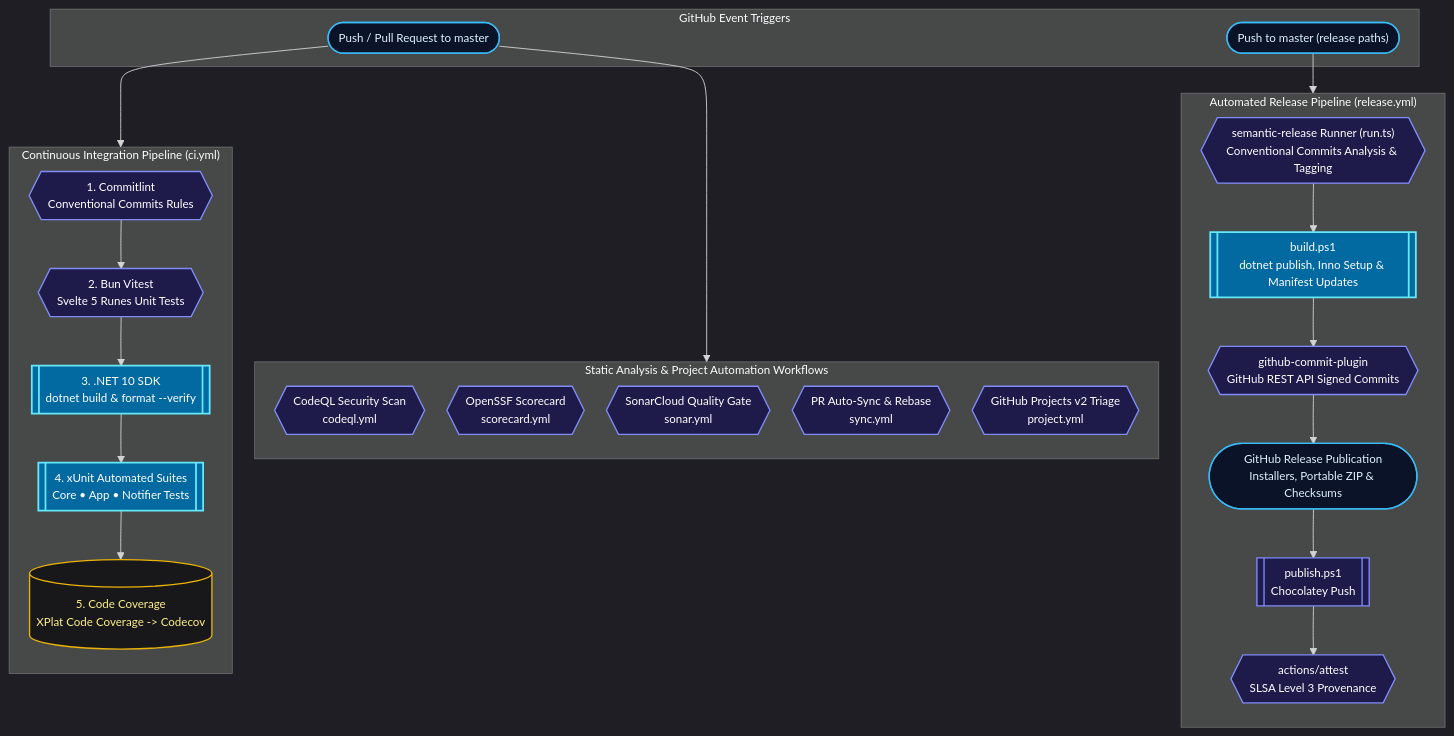
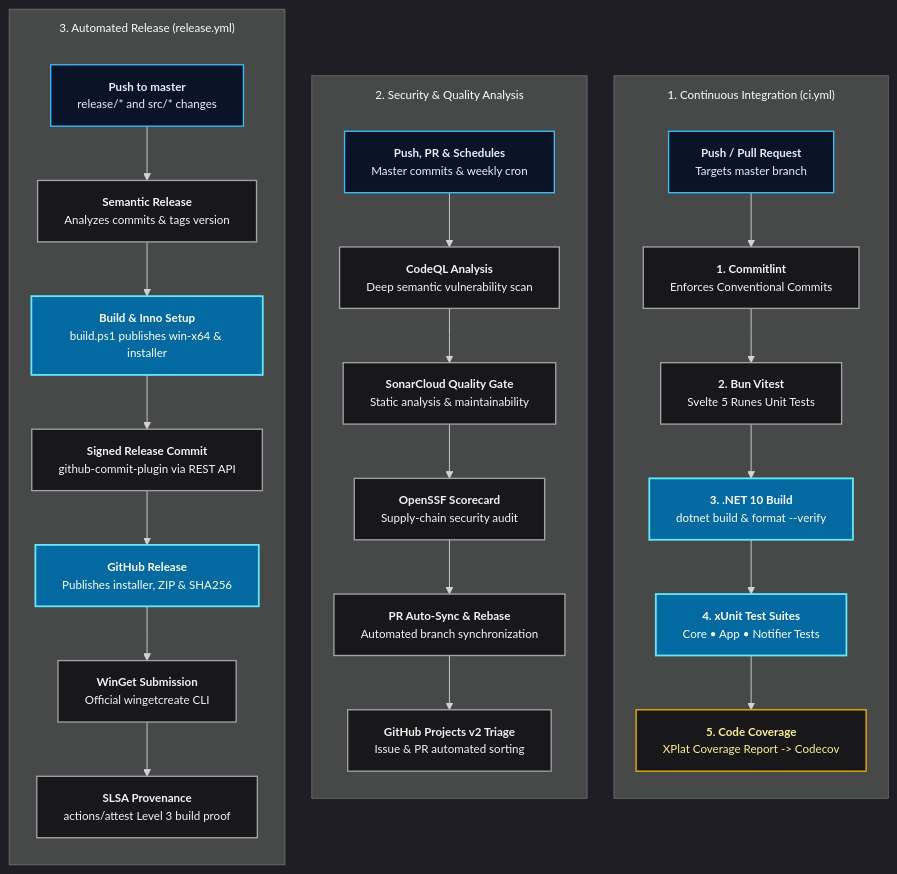
One commit to Nicconike/LocalTelemetry changed the diagram in docs/latest/developer-guide/ci-cd.md. Above: the diagram before and after it, drawn with Mermaid. The commit also changed other lines of this file and 89 other files, not shown here.

Commit message:
fix(taskbar): resolve overlay alignment offsets, release workflows, and analyzer issues

````diff
--- a/docs/latest/developer-guide/ci-cd.md
+++ b/docs/latest/developer-guide/ci-cd.md
@@ -23,61 +23,66 @@
 ```mermaid
-%%{init: {'theme': 'dark', 'themeVariables': {'fontSize': '13px'}, 'flowchart': {'nodeSpacing': 25, 'rankSpacing': 30, 'curve': 'basis'}}}%%
+%%{init: {'theme': 'dark', 'themeVariables': {'fontSize': '13px'}, 'flowchart': {'nodeSpacing': 30, 'rankSpacing': 36, 'subGraphTitleMargin': {'top': 12, 'bottom': 20}, 'curve': 'linear'}}}%%
 flowchart TD
-    subgraph Triggers["GitHub Event Triggers"]
-        PushPR(["Push / Pull Request to master"])
-        PushMaster(["Push to master (release paths)"])
-    end
+    %% COLUMN 1: CONTINUOUS INTEGRATION
+    subgraph TrackCI["1. Continuous Integration (ci.yml)"]
+        direction TB
+        TriggerCI["<b>Push / Pull Request</b><br/>Targets master branch"]
+        Commitlint["<b>1. Commitlint</b><br/>Enforces Conventional Commits"]
+        Vitest["<b>2. Bun Vitest</b><br/>Svelte 5 Runes Unit Tests"]
+        DotNetBuild["<b>3. .NET 10 Build</b><br/>dotnet build & format --verify"]
+        DotNetTest["<b>4. xUnit Test Suites</b><br/>Core • App • Notifier Tests"]
+        Coverage["<b>5. Code Coverage</b><br/>XPlat Coverage Report -> Codecov"]
 
-    subgraph CI["Continuous Integration Pipeline (ci.yml)"]
-        direction TB
-        Commitlint{{"1. Commitlint<br/>Conventional Commits Rules"}}
-        FrontendTest{{"2. Bun Vitest<br/>Svelte 5 Runes Unit Tests"}}
-        DotNetBuild[["3. .NET 10 SDK<br/>dotnet build & format --verify"]]
-        DotNetTest[["4. xUnit Automated Suites<br/>Core • App • Notifier Tests"]]
-        Coverage[("5. Code Coverage<br/>XPlat Code Coverage -> Codecov")]
-
-        Commitlint --> FrontendTest
-        FrontendTest --> DotNetBuild
+        TriggerCI --> Commitlint
+        Commitlint --> Vitest
+        Vitest --> DotNetBuild
         DotNetBuild --> DotNetTest
         DotNetTest --> Coverage
     end
 
-    subgraph QualitySec["Static Analysis & Project Automation Workflows"]
+    %% COLUMN 2: CODE QUALITY & SECURITY
+    subgraph TrackQuality["2. Security & Quality Analysis"]
         direction TB
-        CodeQL{{"CodeQL Security Scan<br/>codeql.yml"}}
-        Scorecard{{"OpenSSF Scorecard<br/>scorecard.yml"}}
-        Sonar{{"SonarCloud Quality Gate<br/>sonar.yml"}}
-        SyncPR{{"PR Auto-Sync & Rebase<br/>sync.yml"}}
-        ProjectTriage{{"GitHub Projects v2 Triage<br/>project.yml"}}
+        TriggerQuality["<b>Push, PR & Schedules</b><br/>Master commits & weekly cron"]
+        CodeQL["<b>CodeQL Analysis</b><br/>Deep semantic vulnerability scan"]
+        Sonar["<b>SonarCloud Quality Gate</b><br/>Static analysis & maintainability"]
+        Scorecard["<b>OpenSSF Scorecard</b><br/>Supply-chain security audit"]
+        SyncPR["<b>PR Auto-Sync & Rebase</b><br/>Automated branch synchronization"]
+        Triage["<b>GitHub Projects v2 Triage</b><br/>Issue & PR automated sorting"]
+
+        TriggerQuality --> CodeQL
+        CodeQL --> Sonar
+        Sonar --> Scorecard
+        Scorecard --> SyncPR
+        SyncPR --> Triage
     end
 
-    subgraph Release["Automated Release Pipeline (release.yml)"]
+    %% COLUMN 3: AUTOMATED RELEASE PIPELINE
+    subgraph TrackRelease["3. Automated Release (release.yml)"]
         direction TB
-        SemRelRunner{{"semantic-release Runner (run.ts)<br/>Conventional Commits Analysis & Tagging"}}
-        BuildScript[["build.ps1<br/>dotnet publish, Inno Setup & Manifest Updates"]]
-        CommitPlugin{{"github-commit-plugin<br/>GitHub REST API Signed Commits"}}
-        GitHubRelease(["GitHub Release Publication<br/>Installers, Portable ZIP & Checksums"])
-        PublishScript[["publish.ps1<br/>Chocolatey Push"]]
-        Attestation{{"actions/attest<br/>SLSA Level 3 Provenance"}}
+        TriggerRelease["<b>Push to master</b><br/>release/* and src/* changes"]
+        SemRel["<b>Semantic Release</b><br/>Analyzes commits & tags version"]
+        BuildPkg["<b>Build & Inno Setup</b><br/>build.ps1 publishes win-x64 & installer"]
+        SignedCommit["<b>Signed Release Commit</b><br/>github-commit-plugin via REST API"]
+        GHRelease["<b>GitHub Release</b><br/>Publishes installer, ZIP & SHA256"]
+        WinGet["<b>WinGet Submission</b><br/>Official wingetcreate CLI"]
+        Attestation["<b>SLSA Provenance</b><br/>actions/attest Level 3 build proof"]
 
-        SemRelRunner --> BuildScript
-        BuildScript --> CommitPlugin
-        CommitPlugin --> GitHubRelease
-        GitHubRelease --> PublishScript
-        PublishScript --> Attestation
+        TriggerRelease --> SemRel
+        SemRel --> BuildPkg
+        BuildPkg --> SignedCommit
+        SignedCommit --> GHRelease
+        GHRelease --> WinGet
+        WinGet --> Attestation
     end
 
-    PushPR --> CI
-    PushPR --> QualitySec
-    PushMaster --> Release
-
-    class PushPR,PushMaster,GitHubRelease triggerNode
-    class Commitlint,FrontendTest,CodeQL,Scorecard,Sonar,SyncPR,ProjectTriage,SemRelRunner,CommitPlugin,PublishScript,Attestation toolNode
-    class DotNetBuild,DotNetTest,BuildScript buildNode
+    class TriggerCI,TriggerQuality,TriggerRelease triggerNode
+    class Commitlint,Vitest,CodeQL,Sonar,Scorecard,SyncPR,Triage,SemRel,SignedCommit,WinGet,Attestation stepNode
+    class DotNetBuild,DotNetTest,BuildPkg,GHRelease buildNode
     class Coverage dataNode
 
     classDef triggerNode fill:#0b1329,stroke:#38bdf8,stroke-width:1.5px,color:#e0f2fe
-    classDef toolNode fill:#1e1b4b,stroke:#818cf8,stroke-width:1.5px,color:#ffffff
+    classDef stepNode fill:#18181b,stroke:#a1a1aa,stroke-width:1.5px,color:#f4f4f5
     classDef buildNode fill:#0369a1,stroke:#67e8f9,stroke-width:2px,color:#ffffff
     classDef dataNode fill:#18181b,stroke:#eab308,stroke-width:1.5px,color:#fef08a
 ```
````
